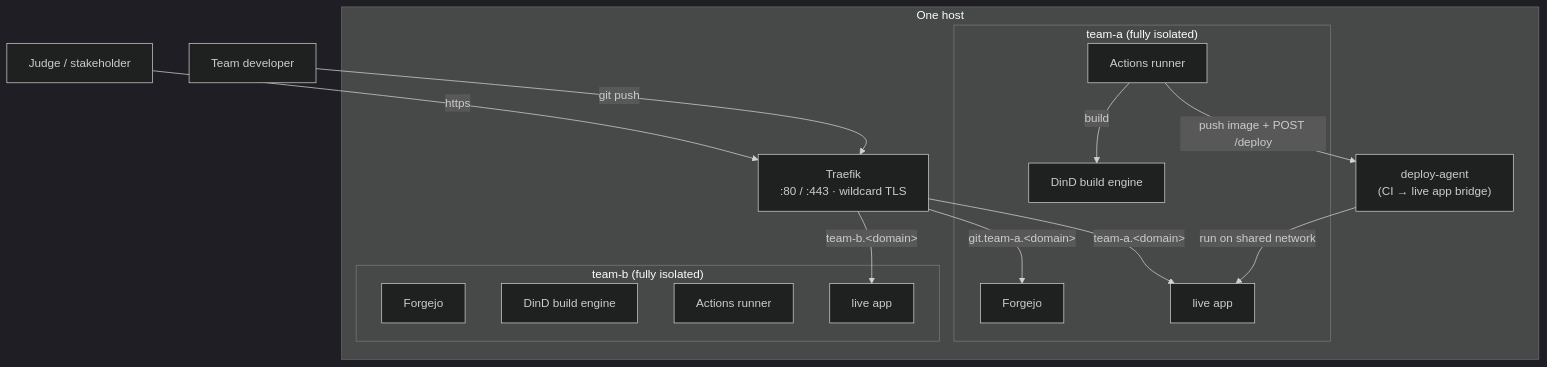
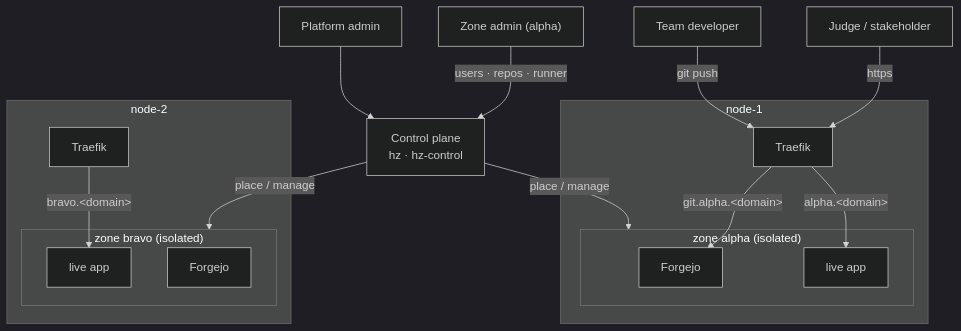
The diagram in docs/index.md (johnjoeallen/ignition), drawn with Mermaid (dark theme) before and after one commit. The commit also changed other lines of this file and 28 other files, not shown here.

First line of the commit message:
Add nodes, zones, roles: platform admin + zone admin, multi-node

````diff
--- a/docs/index.md
+++ b/docs/index.md
@@ -23,30 +26,29 @@
 ```mermaid
 flowchart TB
-    subgraph host["One host"]
-        traefik["Traefik<br/>:80 / :443 · wildcard TLS"]
-        agent["deploy-agent<br/>(CI → live app bridge)"]
+    pa["Platform admin"] --> cp
+    cp["Control plane<br/>hz · hz-control"]
 
-        subgraph teamA["team-a  (fully isolated)"]
+    subgraph node1["node-1"]
+        traefik1["Traefik"]
+        subgraph zA["zone alpha  (isolated)"]
             fa["Forgejo"]
-            da["DinD build engine"]
-            ra["Actions runner"]
             appA["live app"]
         end
-
-        subgraph teamB["team-b  (fully isolated)"]
+    end
+    subgraph node2["node-2"]
+        traefik2["Traefik"]
+        subgraph zB["zone bravo  (isolated)"]
             fb["Forgejo"]
-            db["DinD build engine"]
-            rb["Actions runner"]
             appB["live app"]
         end
     end
 
-    dev["Team developer"] -->|git push| traefik
-    traefik -->|"git.team-a.&lt;domain&gt;"| fa
-    ra -->|build| da
-    ra -->|"push image + POST /deploy"| agent
-    agent -->|run on shared network| appA
-    traefik -->|"team-a.&lt;domain&gt;"| appA
-    traefik -->|"team-b.&lt;domain&gt;"| appB
-    visitor["Judge / stakeholder"] -->|https| traefik
+    cp -->|place / manage| zA
+    cp -->|place / manage| zB
+    za["Zone admin (alpha)"] -->|"users · repos · runner"| cp
+    dev["Team developer"] -->|git push| traefik1
+    traefik1 -->|"git.alpha.&lt;domain&gt;"| fa
+    traefik1 -->|"alpha.&lt;domain&gt;"| appA
+    traefik2 -->|"bravo.&lt;domain&gt;"| appB
+    visitor["Judge / stakeholder"] -->|https| traefik1
 ```
````
